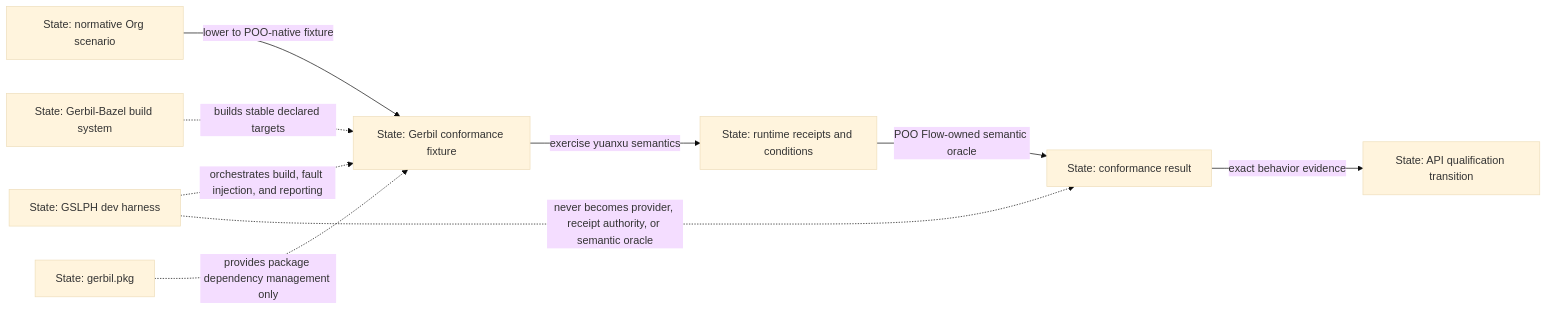
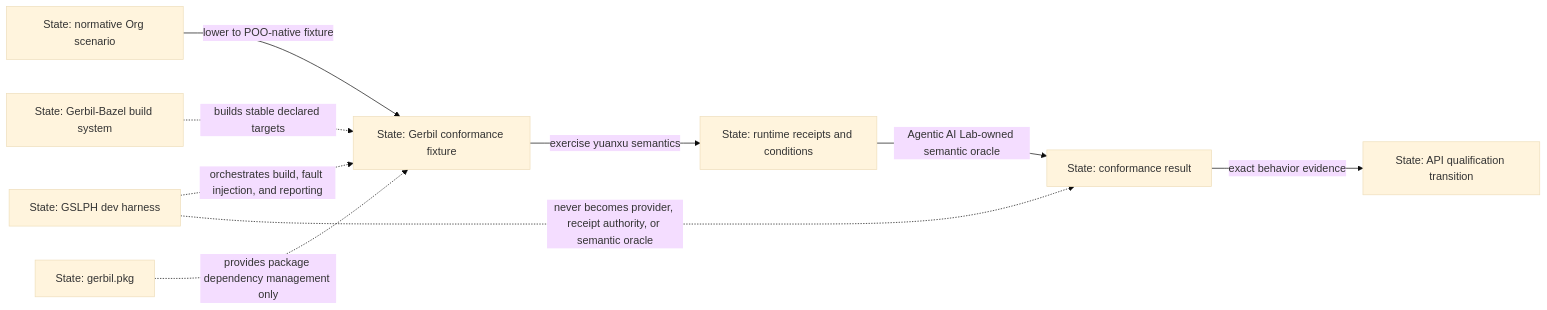
One commit to tao3k/gebril-yuanxu changed the first of 4 diagrams in module-system/design/45-16-semantic-conformance-adversarial-fault-injection.org. Above: the diagram before and after it, drawn with Mermaid (base theme). The commit also changed other lines of this file and 507 other files, not shown here.

```diff
--- a/module-system/design/45-16-semantic-conformance-adversarial-fault-injection.org
+++ b/module-system/design/45-16-semantic-conformance-adversarial-fault-injection.org
@@ -81,11 +81,11 @@
 #+begin_src mermaid
 flowchart LR
   S["State: normative Org scenario"] -->|"lower to POO-native fixture"| F["State: Gerbil conformance fixture"]
   F -->|"exercise yuanxu semantics"| R["State: runtime receipts and conditions"]
-  R -->|"POO Flow-owned semantic oracle"| O["State: conformance result"]
+  R -->|"Agentic AI Lab-owned semantic oracle"| O["State: conformance result"]
   G["State: GSLPH dev harness"] -.->|"orchestrates build, fault injection, and reporting"| F
   B["State: Gerbil-Bazel build system"] -.->|"builds stable declared targets"| F
   P["State: gerbil.pkg"] -.->|"provides package dependency management only"| F
   O -->|"exact behavior evidence"| E["State: API qualification transition"]
   G -.->|"never becomes provider, receipt authority, or semantic oracle"| O
 #+end_src
```
